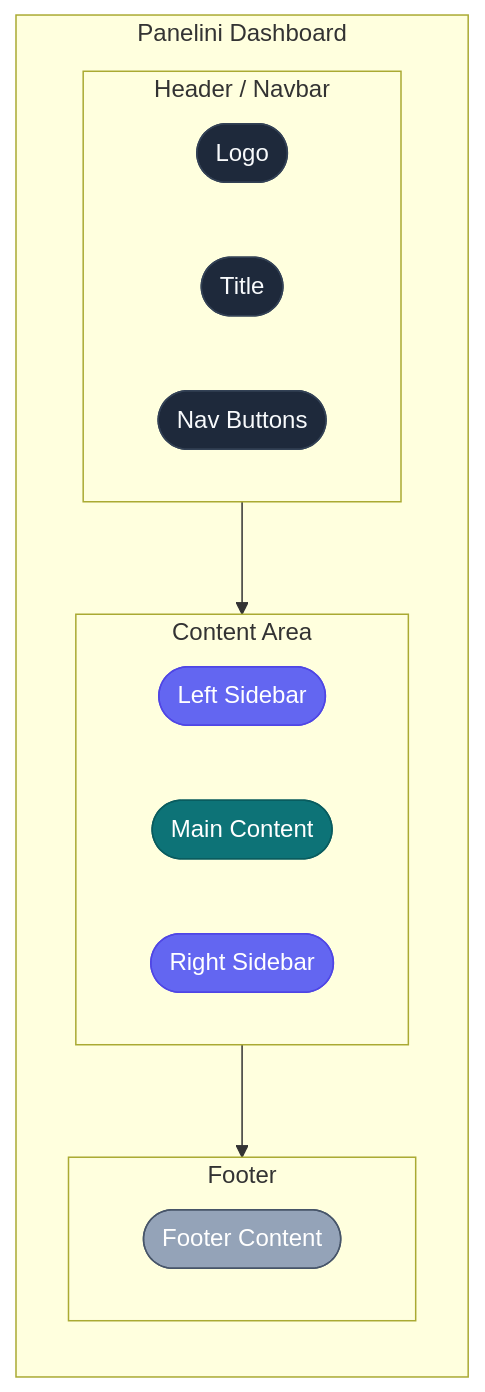
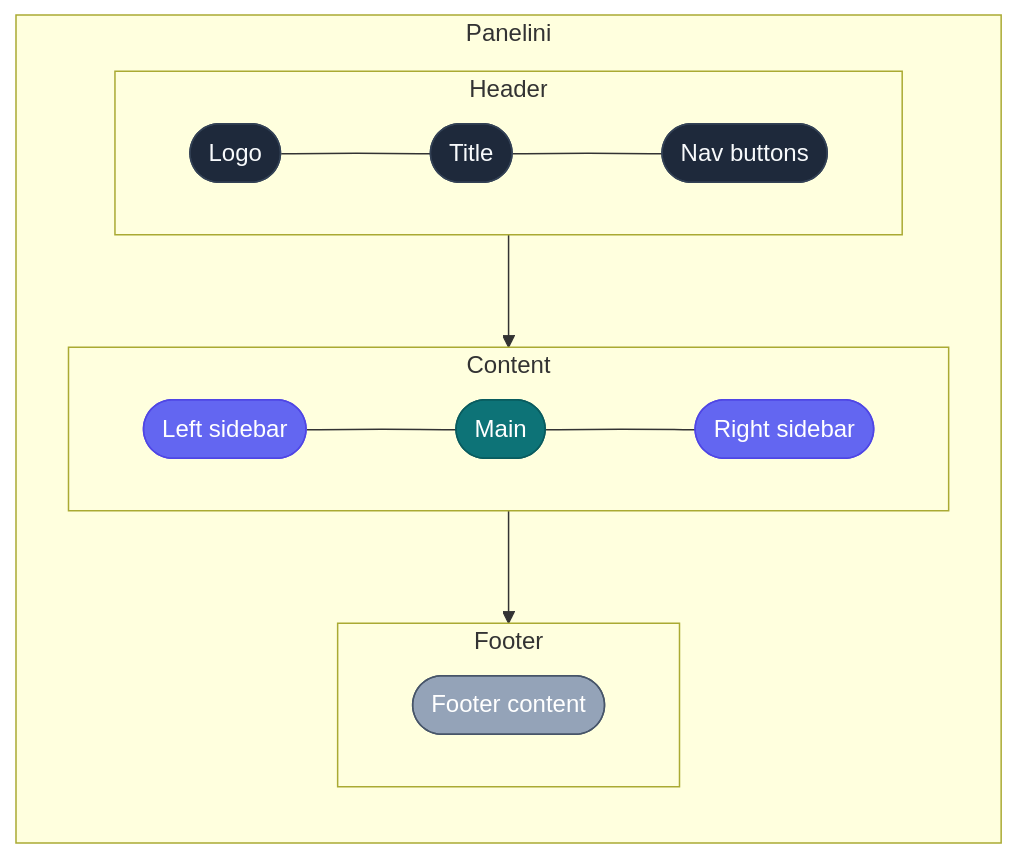
The second of 6 diagrams in docs/architecture.md (opensemanticworld/panelini), drawn with Mermaid before and after one commit. The commit also changed other lines of this file and 45 other files, not shown here.

````diff
--- a/docs/architecture.md
+++ b/docs/architecture.md
@@ -55,36 +50,30 @@
 ```{mermaid}
 graph TB
-    subgraph layout [" Panelini Dashboard "]
+    subgraph layout [" Panelini "]
         direction TB
-        subgraph header [" Header / Navbar "]
+        subgraph header [" Header "]
             direction LR
-            logo(["Logo"])
-            title(["Title"])
-            nav(["Nav Buttons"])
+            logo(["Logo"]) --- title(["Title"]) --- nav(["Nav buttons"])
         end
-
-        subgraph content [" Content Area "]
+        subgraph content [" Content "]
             direction LR
-            sidebar_left(["Left Sidebar"])
-            main_area(["Main Content"])
-            sidebar_right(["Right Sidebar"])
+            sl(["Left sidebar"]) --- ma(["Main"]) --- sr(["Right sidebar"])
         end
-
         subgraph footer [" Footer "]
-            footer_content(["Footer Content"])
+            foot(["Footer content"])
         end
     end
 
     header --> content
     content --> footer
 
-    classDef headerNode fill:#1e293b,stroke:#334155,color:#f8fafc
-    classDef contentNode fill:#0d7377,stroke:#095c5f,color:#ffffff
-    classDef sidebarNode fill:#6366f1,stroke:#4f46e5,color:#ffffff
-    classDef footerNode fill:#94a3b8,stroke:#475569,color:#ffffff
+    classDef h fill:#1e293b,stroke:#334155,color:#f8fafc
+    classDef m fill:#0d7377,stroke:#095c5f,color:#ffffff
+    classDef s fill:#6366f1,stroke:#4f46e5,color:#ffffff
+    classDef f fill:#94a3b8,stroke:#475569,color:#ffffff
 
-    class logo,title,nav headerNode
-    class main_area contentNode
-    class sidebar_left,sidebar_right sidebarNode
-    class footer_content footerNode
+    class logo,title,nav h
+    class ma m
+    class sl,sr s
+    class foot f
 ```
````
